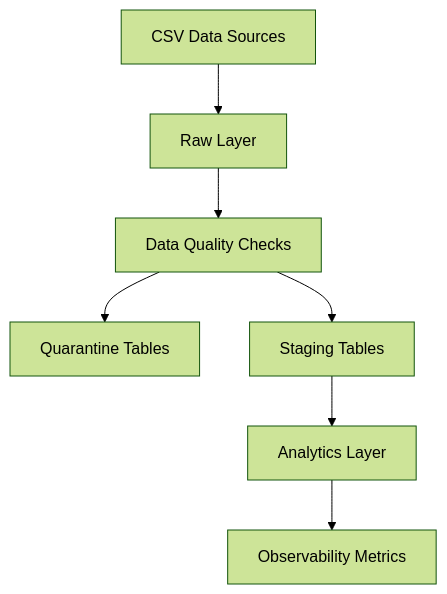
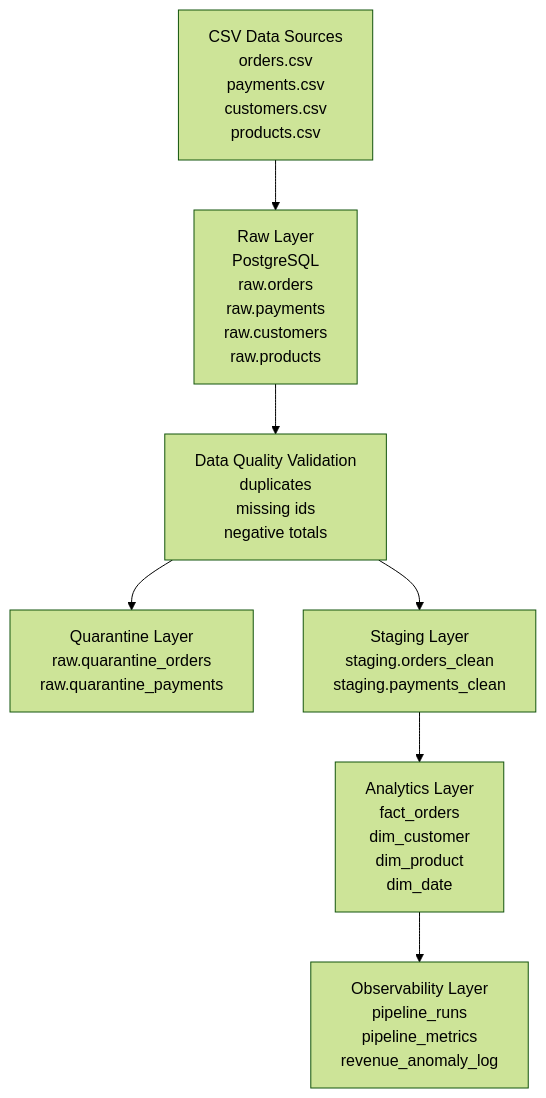
The diagram in README.md (Deepika0110/ecommerce-data-engineering-pipeline), drawn with Mermaid (forest theme) before and after one commit. The commit also changed other lines of this file, not shown here.

Commit message:
Fix mermaid architecture rendering

````diff
--- a/README.md
+++ b/README.md
@@ -78,17 +78,17 @@
 ```mermaid
 flowchart TD
-  A[CSV Data Sources]
-  B[Raw Layer]
-  C[Data Quality Checks]
-  D[Quarantine Tables]
-  E[Staging Tables]
-  F[Analytics Layer]
-  G[Observability Metrics]
+  A[CSV Data Sources<br/>orders.csv<br/>payments.csv<br/>customers.csv<br/>products.csv]
+  B[Raw Layer<br/>PostgreSQL<br/>raw.orders<br/>raw.payments<br/>raw.customers<br/>raw.products]
+  C[Data Quality Validation<br/>duplicates<br/>missing ids<br/>negative totals]
+  D[Quarantine Layer<br/>raw.quarantine_orders<br/>raw.quarantine_payments]
+  E[Staging Layer<br/>staging.orders_clean<br/>staging.payments_clean]
+  F[Analytics Layer<br/>fact_orders<br/>dim_customer<br/>dim_product<br/>dim_date]
+  G[Observability Layer<br/>pipeline_runs<br/>pipeline_metrics<br/>revenue_anomaly_log]
 
   A --> B
   B --> C
   C --> D
   C --> E
   E --> F
   F --> G
 ```
````
